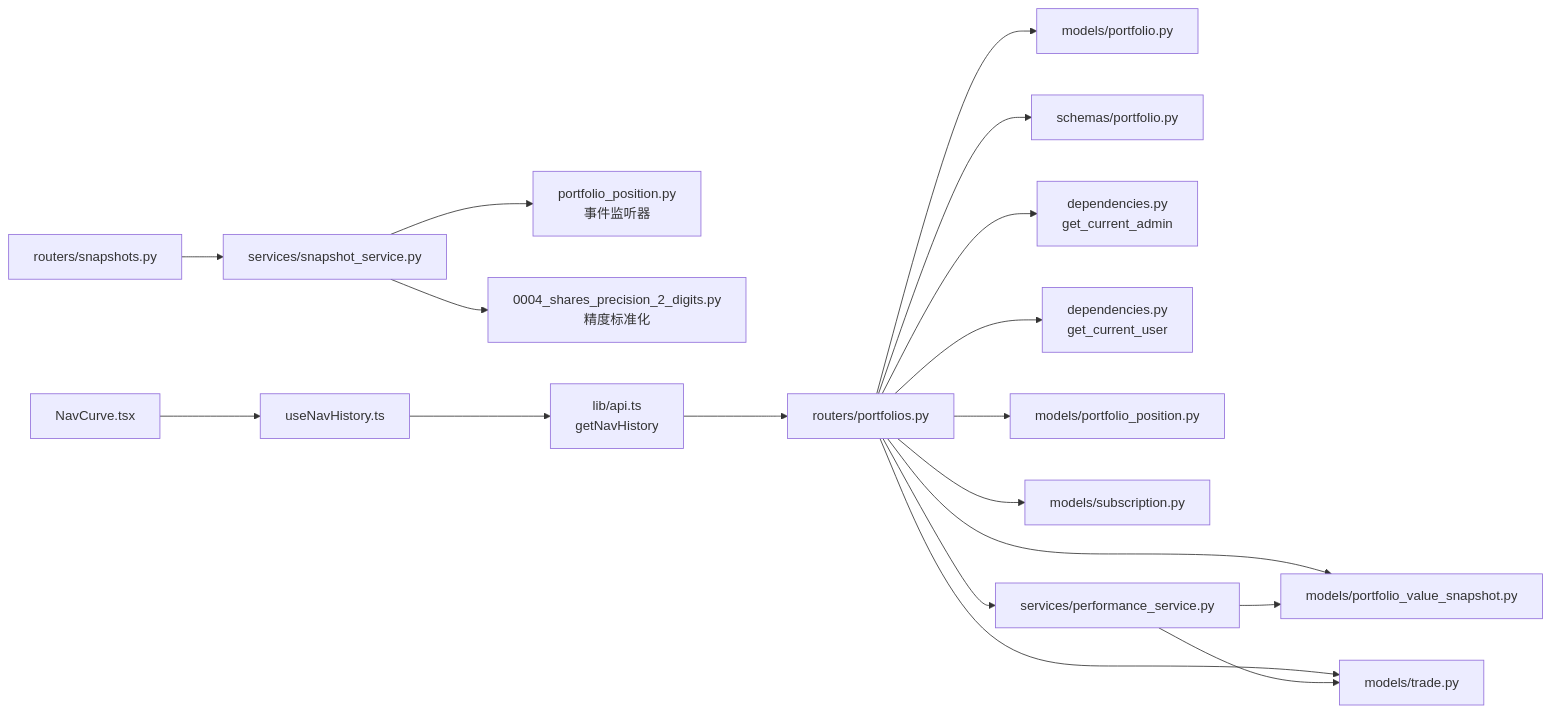
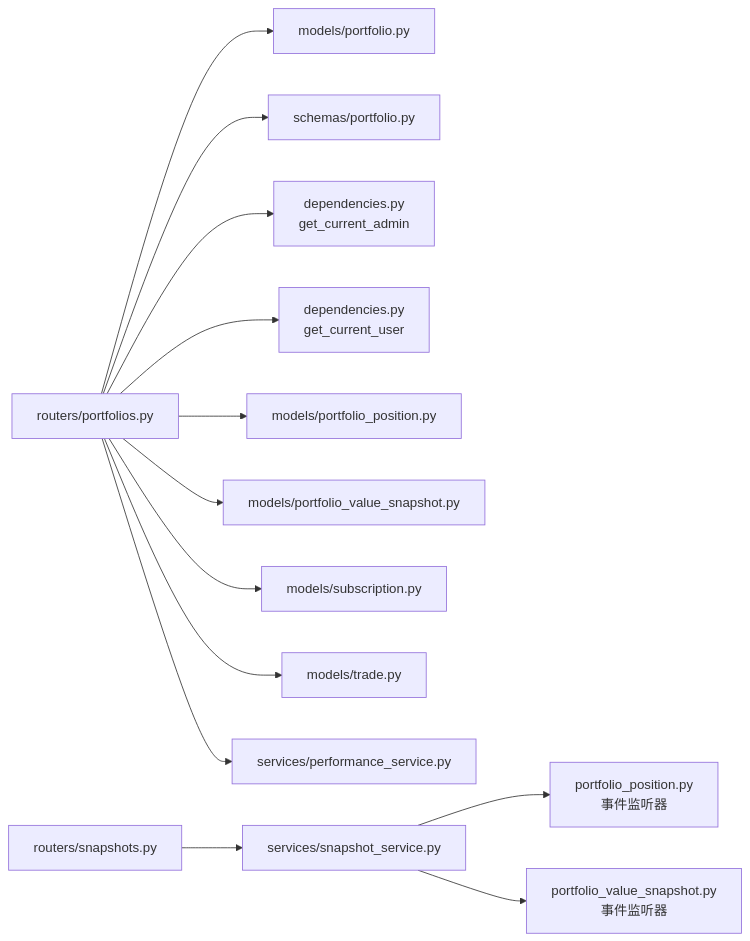
The tenth of 10 diagrams in .qoder/repowiki/zh/content/核心业务功能/投资组合管理.md (gujialind/InvestRing), drawn with Mermaid before and after one commit. The commit also changed other lines of this file and 65 other files, not shown here.

````diff
--- a/.qoder/repowiki/zh/content/核心业务功能/投资组合管理.md
+++ b/.qoder/repowiki/zh/content/核心业务功能/投资组合管理.md
@@ -606,20 +570,15 @@
 ```mermaid
 graph LR
 PortfoliosRouter["routers/portfolios.py"] --> PortfolioModel["models/portfolio.py"]
 PortfoliosRouter --> PortfolioSchema["schemas/portfolio.py"]
 PortfoliosRouter --> DepAdmin["dependencies.py<br/>get_current_admin"]
 PortfoliosRouter --> DepUser["dependencies.py<br/>get_current_user"]
 PortfoliosRouter --> PosModel["models/portfolio_position.py"]
 PortfoliosRouter --> NavModel["models/portfolio_value_snapshot.py"]
 PortfoliosRouter --> SubModel["models/subscription.py"]
 PortfoliosRouter --> TradeModel["models/trade.py"]
 PortfoliosRouter --> PerfService["services/performance_service.py"]
 SnapshotsRouter["routers/snapshots.py"] --> SnapshotService["services/snapshot_service.py"]
 SnapshotService --> EventListener["portfolio_position.py<br/>事件监听器"]
-SnapshotService --> PrecisionStandard["0004_shares_precision_2_digits.py<br/>精度标准化"]
-UseNavHistoryHook["useNavHistory.ts"] --> ApiLib["lib/api.ts<br/>getNavHistory"]
-ApiLib --> PortfoliosRouter
-NavCurveChart["NavCurve.tsx"] --> UseNavHistoryHook
-PerfService --> NavModel
-PerfService --> TradeModel
+SnapshotService --> ValueEventListener["portfolio_value_snapshot.py<br/>事件监听器"]
 ```
````
